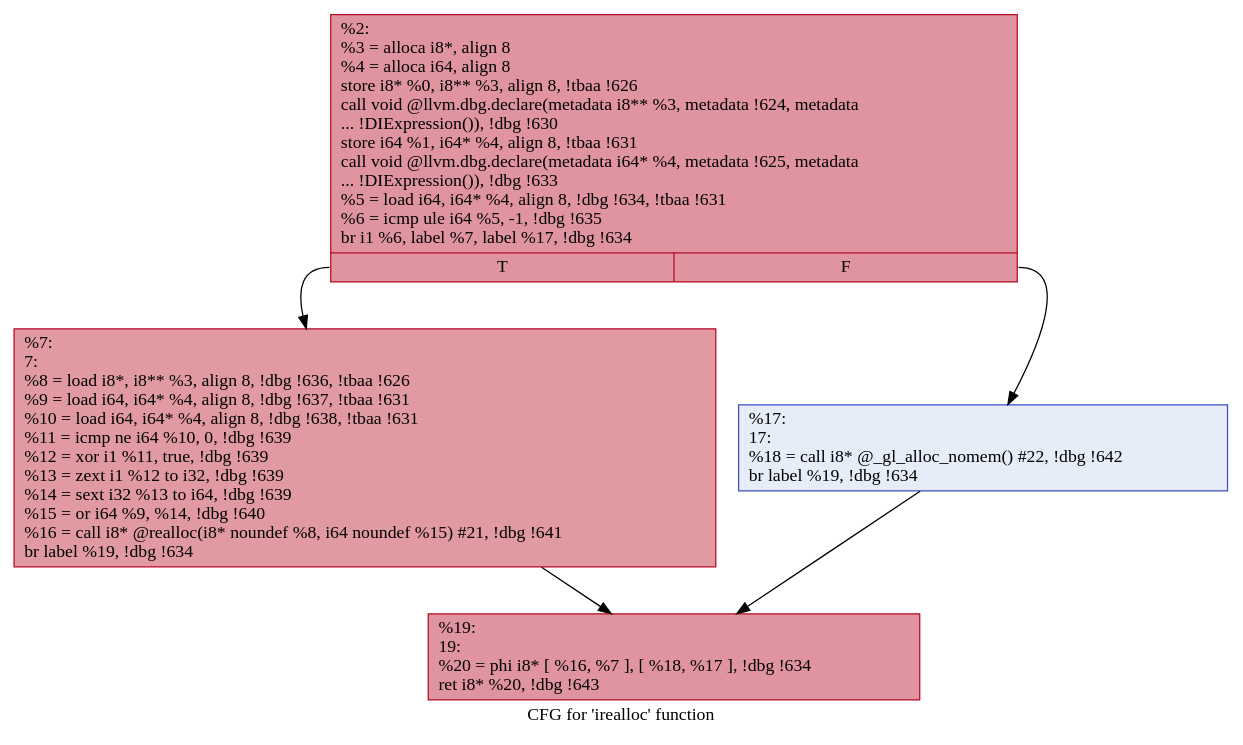
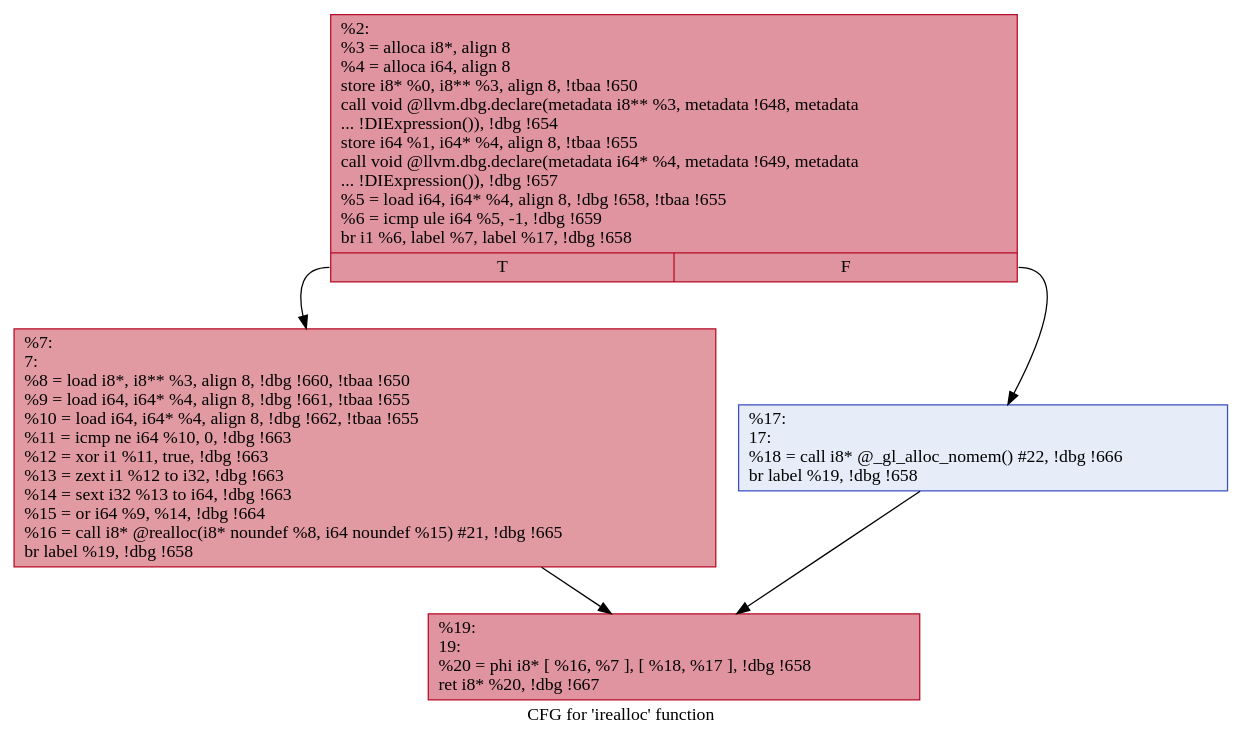
One commit to hmc-alpaqa/metrinome changed the diagram in src/experiments/coreutils/.irealloc.dot. Above: the diagram before and after it, drawn with Graphviz. The commit also changed 118 other files, not shown here.

```diff
--- a/src/experiments/coreutils/.irealloc.dot
+++ b/src/experiments/coreutils/.irealloc.dot
@@ -1,12 +1,12 @@
 digraph "CFG for 'irealloc' function" {
 	label="CFG for 'irealloc' function";
 
-	Node0x1d0ecf0 [shape=record,color="#b70d28ff", style=filled, fillcolor="#b70d2870",label="{%2:\l  %3 = alloca i8*, align 8\l  %4 = alloca i64, align 8\l  store i8* %0, i8** %3, align 8, !tbaa !626\l  call void @llvm.dbg.declare(metadata i8** %3, metadata !624, metadata\l... !DIExpression()), !dbg !630\l  store i64 %1, i64* %4, align 8, !tbaa !631\l  call void @llvm.dbg.declare(metadata i64* %4, metadata !625, metadata\l... !DIExpression()), !dbg !633\l  %5 = load i64, i64* %4, align 8, !dbg !634, !tbaa !631\l  %6 = icmp ule i64 %5, -1, !dbg !635\l  br i1 %6, label %7, label %17, !dbg !634\l|{<s0>T|<s1>F}}"];
-	Node0x1d0ecf0:s0 -> Node0x1d0ed40;
-	Node0x1d0ecf0:s1 -> Node0x1d0ed90;
-	Node0x1d0ed40 [shape=record,color="#b70d28ff", style=filled, fillcolor="#bb1b2c70",label="{%7:\l7:                                                \l  %8 = load i8*, i8** %3, align 8, !dbg !636, !tbaa !626\l  %9 = load i64, i64* %4, align 8, !dbg !637, !tbaa !631\l  %10 = load i64, i64* %4, align 8, !dbg !638, !tbaa !631\l  %11 = icmp ne i64 %10, 0, !dbg !639\l  %12 = xor i1 %11, true, !dbg !639\l  %13 = zext i1 %12 to i32, !dbg !639\l  %14 = sext i32 %13 to i64, !dbg !639\l  %15 = or i64 %9, %14, !dbg !640\l  %16 = call i8* @realloc(i8* noundef %8, i64 noundef %15) #21, !dbg !641\l  br label %19, !dbg !634\l}"];
-	Node0x1d0ed40 -> Node0x1d0ede0;
-	Node0x1d0ed90 [shape=record,color="#3d50c3ff", style=filled, fillcolor="#c7d7f070",label="{%17:\l17:                                               \l  %18 = call i8* @_gl_alloc_nomem() #22, !dbg !642\l  br label %19, !dbg !634\l}"];
-	Node0x1d0ed90 -> Node0x1d0ede0;
-	Node0x1d0ede0 [shape=record,color="#b70d28ff", style=filled, fillcolor="#b70d2870",label="{%19:\l19:                                               \l  %20 = phi i8* [ %16, %7 ], [ %18, %17 ], !dbg !634\l  ret i8* %20, !dbg !643\l}"];
+	Node0x2662830 [shape=record,color="#b70d28ff", style=filled, fillcolor="#b70d2870",label="{%2:\l  %3 = alloca i8*, align 8\l  %4 = alloca i64, align 8\l  store i8* %0, i8** %3, align 8, !tbaa !650\l  call void @llvm.dbg.declare(metadata i8** %3, metadata !648, metadata\l... !DIExpression()), !dbg !654\l  store i64 %1, i64* %4, align 8, !tbaa !655\l  call void @llvm.dbg.declare(metadata i64* %4, metadata !649, metadata\l... !DIExpression()), !dbg !657\l  %5 = load i64, i64* %4, align 8, !dbg !658, !tbaa !655\l  %6 = icmp ule i64 %5, -1, !dbg !659\l  br i1 %6, label %7, label %17, !dbg !658\l|{<s0>T|<s1>F}}"];
+	Node0x2662830:s0 -> Node0x2662880;
+	Node0x2662830:s1 -> Node0x26628d0;
+	Node0x2662880 [shape=record,color="#b70d28ff", style=filled, fillcolor="#bb1b2c70",label="{%7:\l7:                                                \l  %8 = load i8*, i8** %3, align 8, !dbg !660, !tbaa !650\l  %9 = load i64, i64* %4, align 8, !dbg !661, !tbaa !655\l  %10 = load i64, i64* %4, align 8, !dbg !662, !tbaa !655\l  %11 = icmp ne i64 %10, 0, !dbg !663\l  %12 = xor i1 %11, true, !dbg !663\l  %13 = zext i1 %12 to i32, !dbg !663\l  %14 = sext i32 %13 to i64, !dbg !663\l  %15 = or i64 %9, %14, !dbg !664\l  %16 = call i8* @realloc(i8* noundef %8, i64 noundef %15) #21, !dbg !665\l  br label %19, !dbg !658\l}"];
+	Node0x2662880 -> Node0x2662920;
+	Node0x26628d0 [shape=record,color="#3d50c3ff", style=filled, fillcolor="#c7d7f070",label="{%17:\l17:                                               \l  %18 = call i8* @_gl_alloc_nomem() #22, !dbg !666\l  br label %19, !dbg !658\l}"];
+	Node0x26628d0 -> Node0x2662920;
+	Node0x2662920 [shape=record,color="#b70d28ff", style=filled, fillcolor="#b70d2870",label="{%19:\l19:                                               \l  %20 = phi i8* [ %16, %7 ], [ %18, %17 ], !dbg !658\l  ret i8* %20, !dbg !667\l}"];
 }
```
